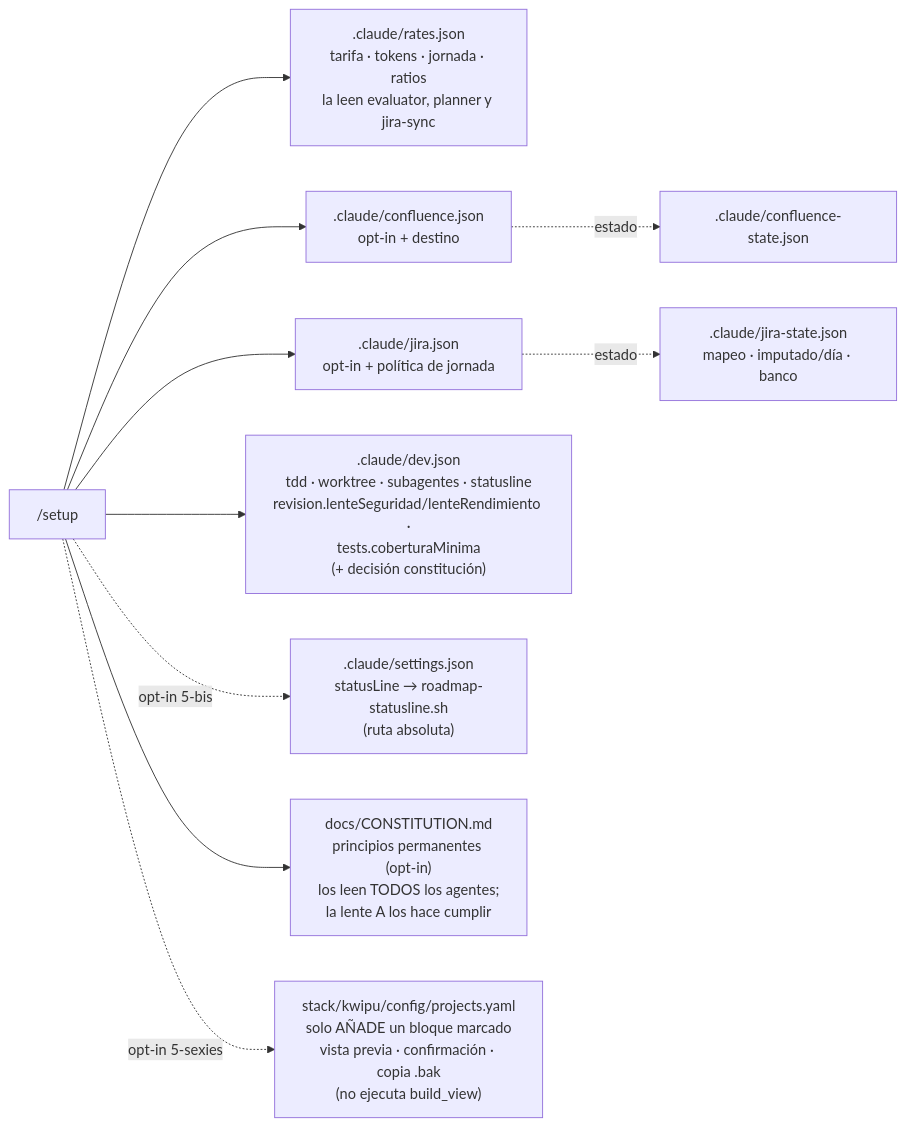
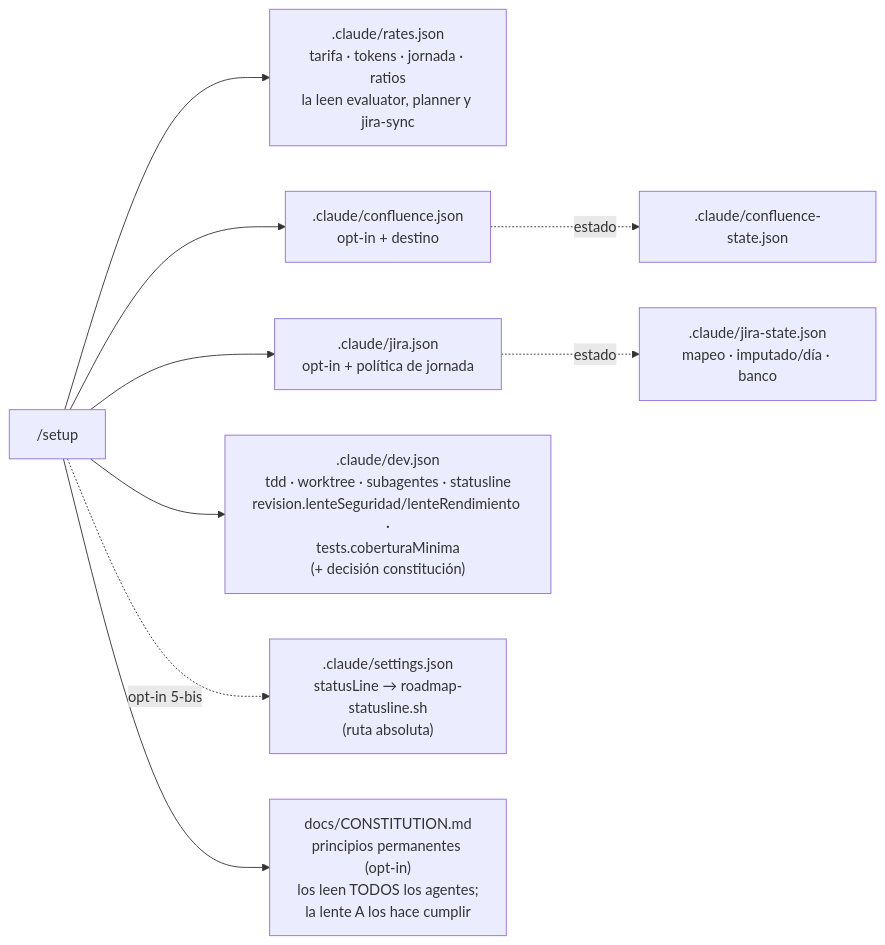
One commit to daycry/custom-agents changed diagram 21 of 28 in docs/FLOWS.md. Above: the diagram before and after it, drawn with Mermaid. The commit also changed other lines of this file and 60 other files, not shown here.

````diff
--- a/docs/FLOWS.md
+++ b/docs/FLOWS.md
@@ -694,12 +692,11 @@
 ```mermaid
 flowchart LR
     A["/setup"] --> B[".claude/rates.json<br/>tarifa · tokens · jornada · ratios<br/>la leen evaluator, planner y jira-sync"]
     A --> C[".claude/confluence.json<br/>opt-in + destino"]
     A --> D[".claude/jira.json<br/>opt-in + política de jornada"]
     A --> G[".claude/dev.json<br/>tdd · worktree · subagentes · statusline<br/>revision.lenteSeguridad/lenteRendimiento ·<br/>tests.coberturaMinima<br/>(+ decisión constitución)"]
     A -.->|"opt-in 5-bis"| SL[".claude/settings.json<br/>statusLine → roadmap-statusline.sh<br/>(ruta absoluta)"]
     A --> H["docs/CONSTITUTION.md<br/>principios permanentes (opt-in)<br/>los leen TODOS los agentes;<br/>la lente A los hace cumplir"]
-    A -.->|"opt-in 5-sexies"| KP["stack/kwipu/config/projects.yaml<br/>solo AÑADE un bloque marcado<br/>vista previa · confirmación · copia .bak<br/>(no ejecuta build_view)"]
     C -.->|estado| E[".claude/confluence-state.json"]
     D -.->|estado| F[".claude/jira-state.json<br/>mapeo · imputado/día · banco"]
 ```
````
